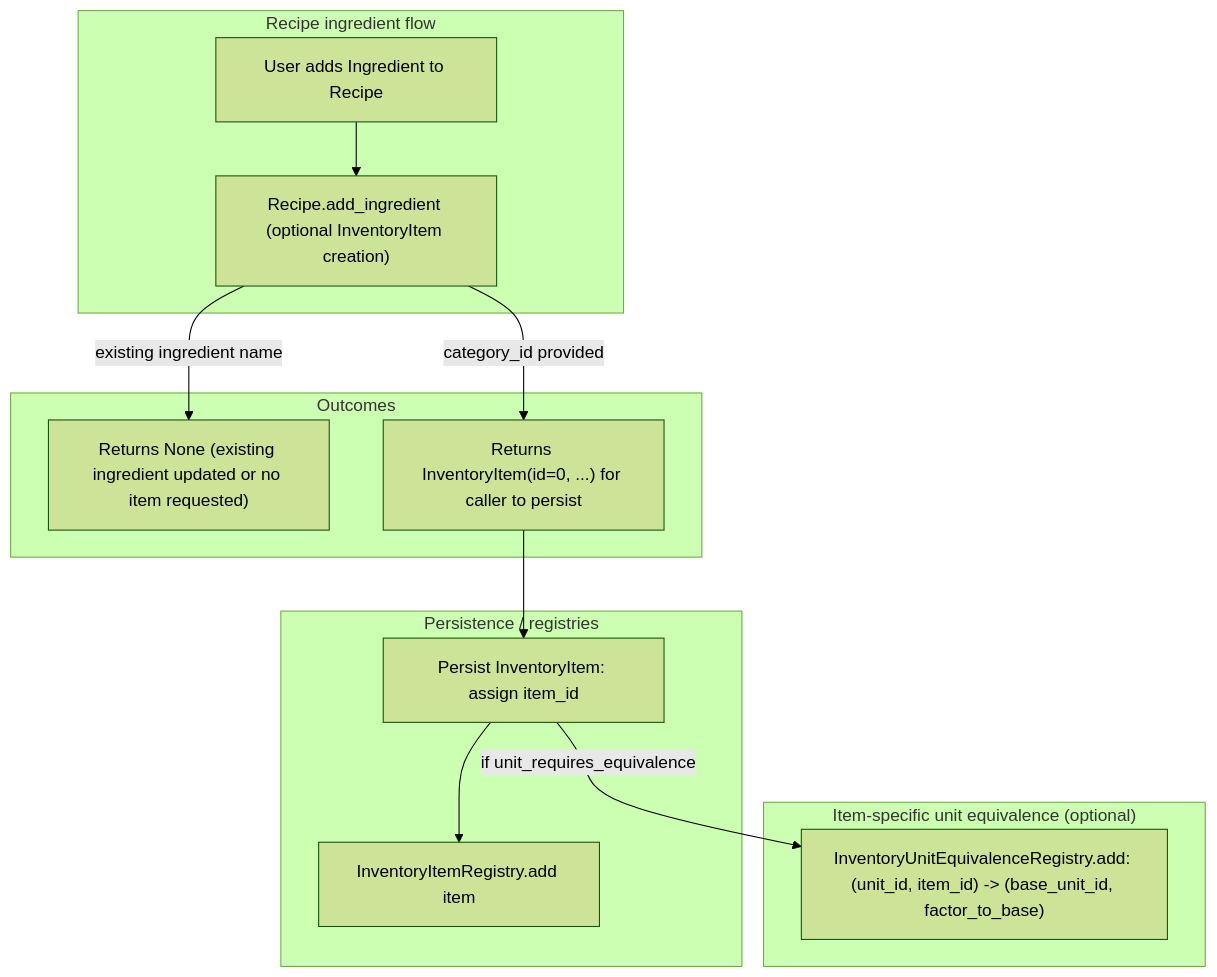
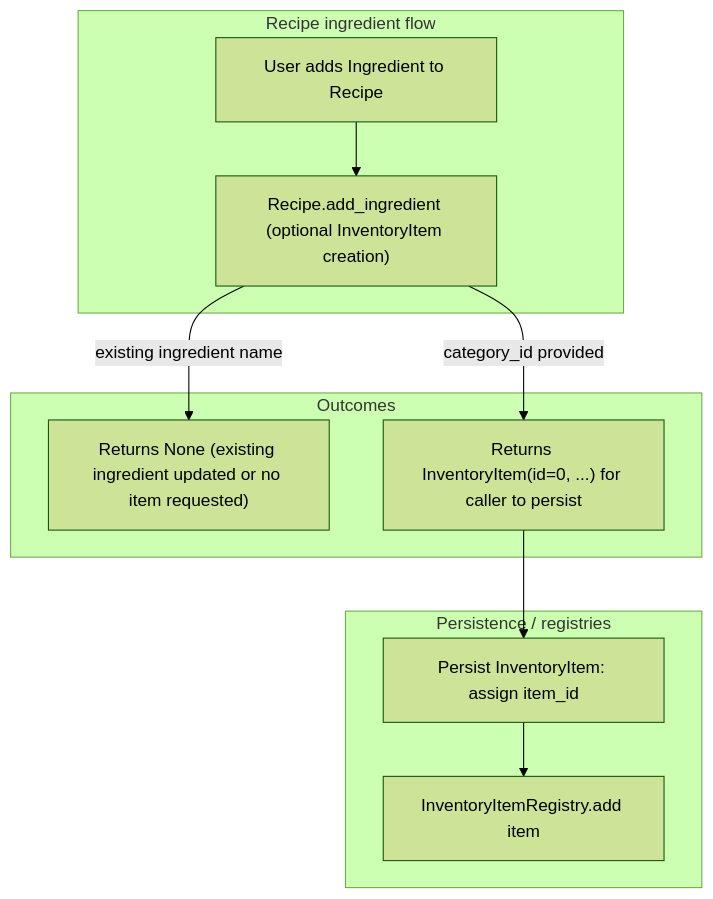
One commit to Alanbahena/zenet-mvp-jupyter changed the fourth of 4 diagrams in docs/Architecture/architecture-data-model.md. Above: the diagram before and after it, drawn with Mermaid (forest theme). The commit also changed other lines of this file and 6 other files, not shown here.

````diff
--- a/docs/Architecture/architecture-data-model.md
+++ b/docs/Architecture/architecture-data-model.md
@@ -282,27 +270,22 @@
 ```mermaid
 flowchart TB
     subgraph recipe_flow["Recipe ingredient flow"]
         UI[User adds Ingredient to Recipe]
         AddIng["Recipe.add_ingredient (optional InventoryItem creation)"]
         UI --> AddIng
     end
 
     subgraph outcomes["Outcomes"]
         NoNewItem["Returns None (existing ingredient updated or no item requested)"]
         NewItem["Returns InventoryItem(id=0, ...) for caller to persist"]
     end
 
     subgraph persistence["Persistence / registries"]
         Persist["Persist InventoryItem: assign item_id"]
         AddToReg["InventoryItemRegistry.add item"]
     end
 
-    subgraph equivalence["Item-specific unit equivalence (optional)"]
-        AddEq["InventoryUnitEquivalenceRegistry.add: (unit_id, item_id) -> (base_unit_id, factor_to_base)"]
-    end
-
     AddIng -->|existing ingredient name| NoNewItem
     AddIng -->|category_id provided| NewItem
     NewItem --> Persist --> AddToReg
-    Persist -->|if unit_requires_equivalence| AddEq
 ```
````
